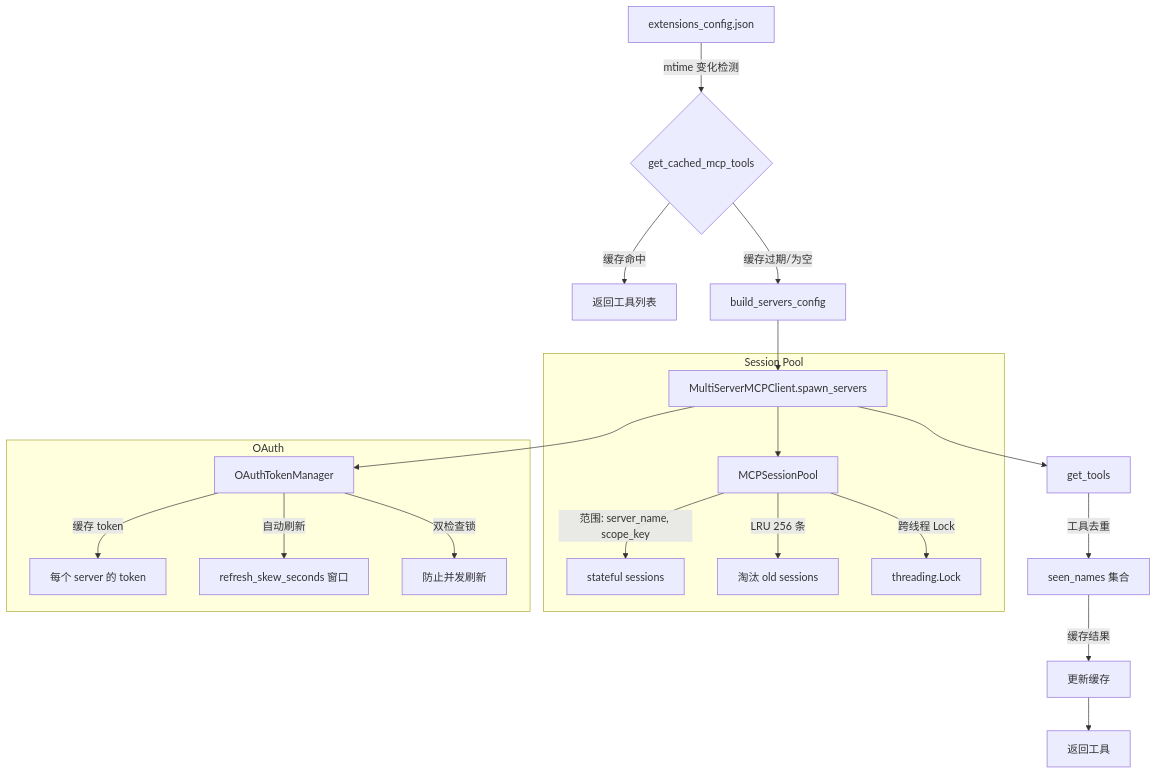
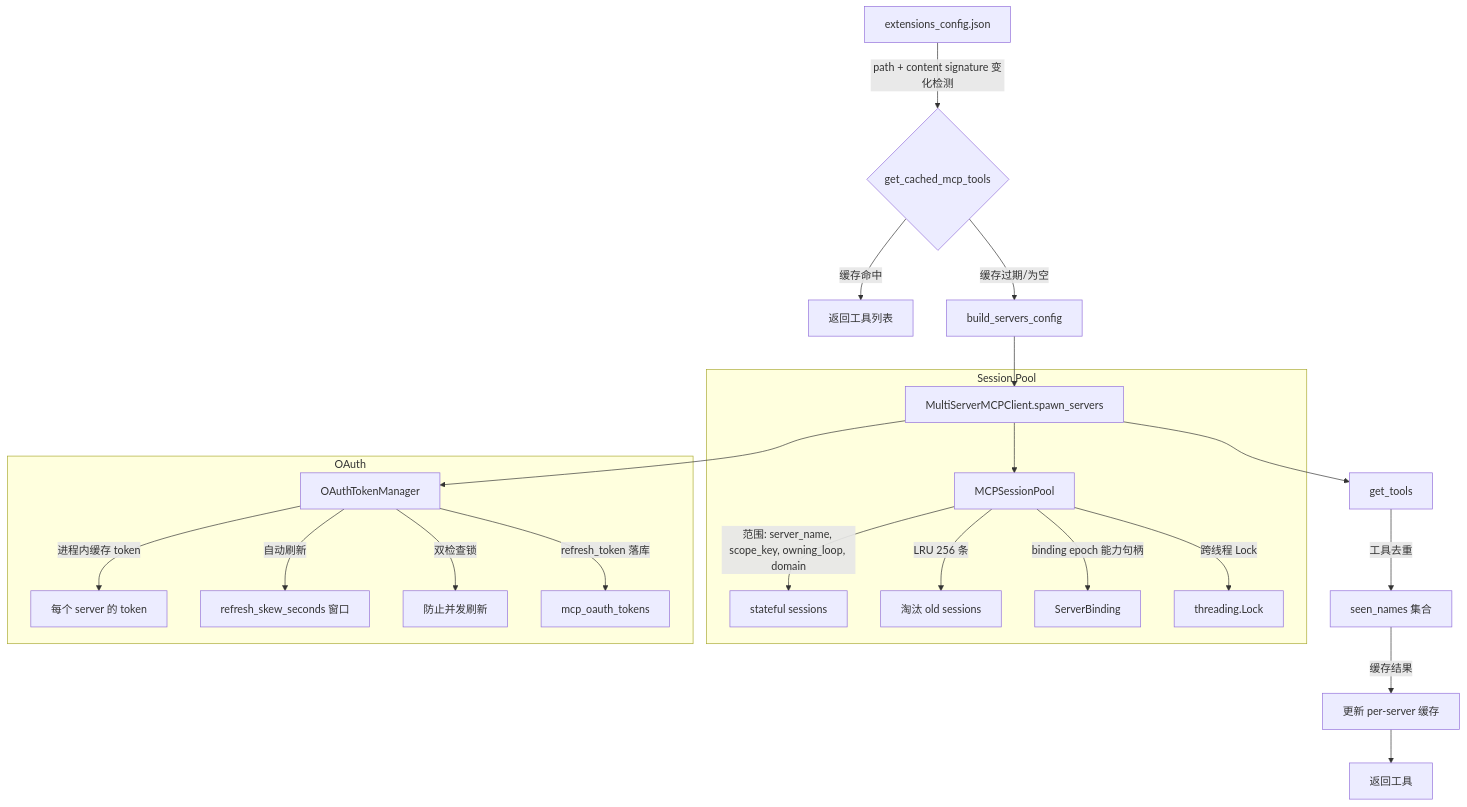
Before and after one commit to ethan-jiang-1/deer-flow: the first of 2 diagrams in _digested/internals/mcp/session-pool-oauth-cache-invalidation.md, drawn with Mermaid. The commit also changed other lines of this file and 57 other files, not shown here.

````diff
--- a/_digested/internals/mcp/session-pool-oauth-cache-invalidation.md
+++ b/_digested/internals/mcp/session-pool-oauth-cache-invalidation.md
@@ -22,27 +27,29 @@
 ```mermaid
 flowchart TD
-    CONFIG[extensions_config.json] -->|mtime 变化检测| CACHE{get_cached_mcp_tools}
+    CONFIG[extensions_config.json] -->|path + content signature 变化检测| CACHE{get_cached_mcp_tools}
     CACHE -->|缓存命中| TOOLS[返回工具列表]
     CACHE -->|缓存过期/为空| BUILD[build_servers_config]
 
     BUILD --> SPAWN[MultiServerMCPClient.spawn_servers]
     SPAWN --> TOOLS2[get_tools]
 
     subgraph Session Pool
         SPAWN --> POOL[MCPSessionPool]
-        POOL -->|范围: server_name, scope_key| SCOPE[stateful sessions]
+        POOL -->|范围: server_name, scope_key, owning_loop, domain| SCOPE[stateful sessions]
         POOL -->|LRU 256 条| EVICT[淘汰 old sessions]
+        POOL -->|binding epoch 能力句柄| BIND[ServerBinding]
         POOL -->|跨线程 Lock| LOCK[threading.Lock]
     end
 
     subgraph OAuth
         SPAWN --> OAUTH[OAuthTokenManager]
-        OAUTH -->|缓存 token| TOK[每个 server 的 token]
+        OAUTH -->|进程内缓存 token| TOK[每个 server 的 token]
         OAUTH -->|自动刷新| REFRESH[refresh_skew_seconds 窗口]
         OAUTH -->|双检查锁| DCL[防止并发刷新]
+        OAUTH -->|refresh_token 落库| STORE[mcp_oauth_tokens]
     end
 
     TOOLS2 -->|工具去重| DEDUP[seen_names 集合]
-    DEDUP -->|缓存结果| CACHE2[更新缓存]
+    DEDUP -->|缓存结果| CACHE2[更新 per-server 缓存]
     CACHE2 --> TOOLS3[返回工具]
 ```
````
